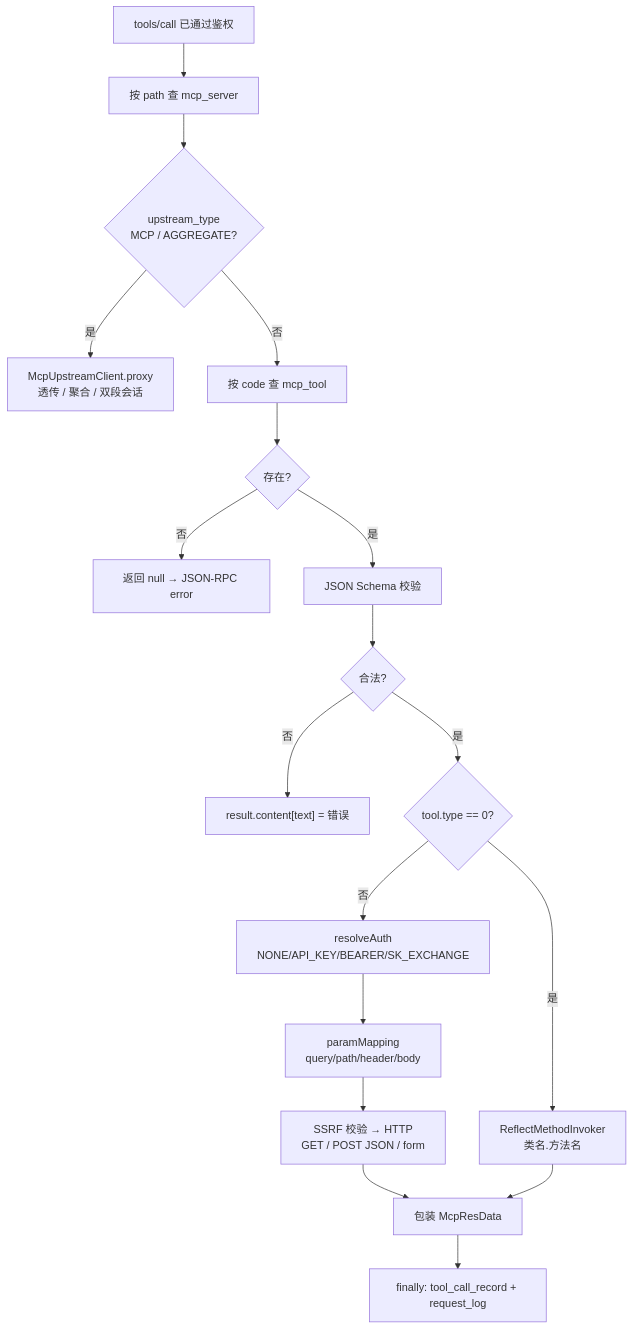
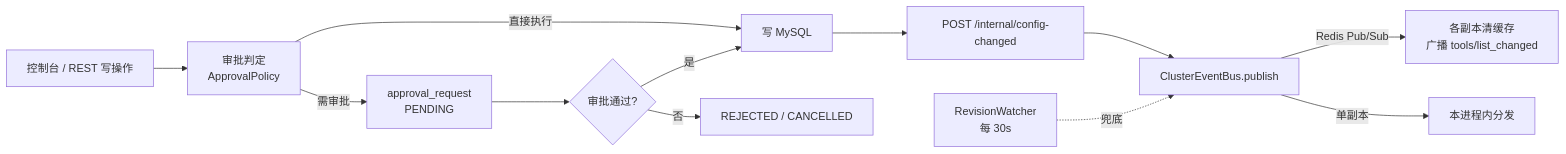
Before and after one commit to Lin00yi/MCP-Platform: the second of 4 diagrams in docs/architecture/README.md, drawn with Mermaid. The commit also changed other lines of this file and 10 other files, not shown here.

First line of the commit message:
fix(config/docs): 同步 OpenAPI 与启动自检修复；重写架构图册、补充历史表名说明

````diff
--- a/docs/architecture/README.md
+++ b/docs/architecture/README.md
@@ -163,20 +113,13 @@
 ```mermaid
-flowchart TD
-  A[tools/call 已通过鉴权] --> B[按 path 查 mcp_server]
-  B --> C{upstream_type<br/>MCP / AGGREGATE?}
-  C -->|是| P[McpUpstreamClient.proxy<br/>透传 / 聚合 / 双段会话]
-  C -->|否| E[按 code 查 mcp_tool]
-  E --> F{存在?}
-  F -->|否| X1[返回 null → JSON-RPC error]
-  F -->|是| G[JSON Schema 校验]
-  G --> H{合法?}
-  H -->|否| X2["result.content[text] = 错误"]
-  H -->|是| I{tool.type == 0?}
-  I -->|是| J[ReflectMethodInvoker<br/>类名.方法名]
-  I -->|否| K[resolveAuth<br/>NONE/API_KEY/BEARER/SK_EXCHANGE]
-  K --> L[paramMapping<br/>query/path/header/body]
-  L --> M[SSRF 校验 → HTTP<br/>GET / POST JSON / form]
-  M --> N[包装 McpResData]
-  J --> N
-  N --> O[finally: tool_call_record + request_log]
+flowchart LR
+  A[控制台 / REST 写操作] --> B[审批判定<br/>ApprovalPolicy]
+  B -->|直接执行| C[写 MySQL]
+  B -->|需审批| P[approval_request<br/>PENDING] --> AP{审批通过?}
+  AP -->|是| C
+  AP -->|否| X[REJECTED / CANCELLED]
+  C --> D[POST /internal/config-changed]
+  D --> E[ClusterEventBus.publish]
+  E -->|Redis Pub/Sub| F[各副本清缓存<br/>广播 tools/list_changed]
+  E -->|单副本| G[本进程内分发]
+  H[RevisionWatcher<br/>每 30s] -.兜底.-> E
 ```
````
